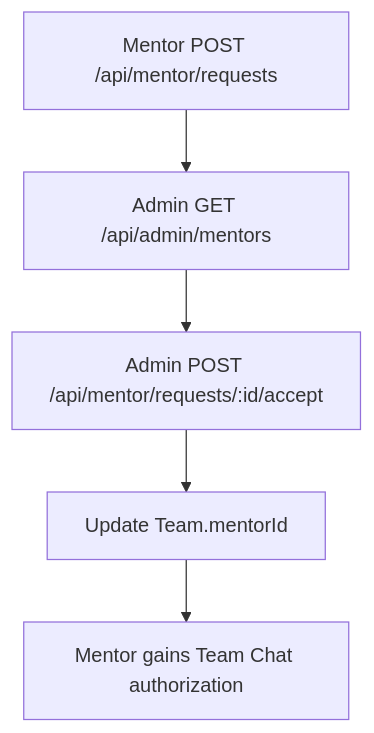
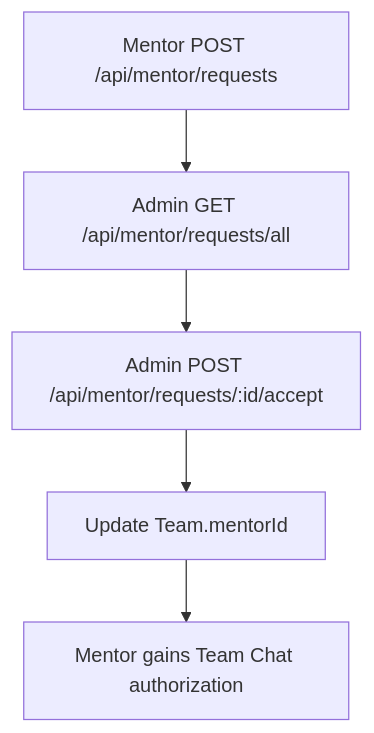
Diagram 12 of 20 in CODESRIJAN_COMPLETE_PLATFORM_FLOWS.md (varunsehgal05/codesrijan), drawn with Mermaid before and after one commit. The commit also changed other lines of this file and 28 other files, not shown here.

````diff
--- a/CODESRIJAN_COMPLETE_PLATFORM_FLOWS.md
+++ b/CODESRIJAN_COMPLETE_PLATFORM_FLOWS.md
@@ -389,7 +389,7 @@
 ```mermaid
 flowchart TD
-    A["Mentor POST /api/mentor/requests"] --> B["Admin GET /api/admin/mentors"]
+    A["Mentor POST /api/mentor/requests"] --> B["Admin GET /api/mentor/requests/all"]
     B --> C["Admin POST /api/mentor/requests/:id/accept"]
     C --> D["Update Team.mentorId"]
     D --> E["Mentor gains Team Chat authorization"]
 ```
````
